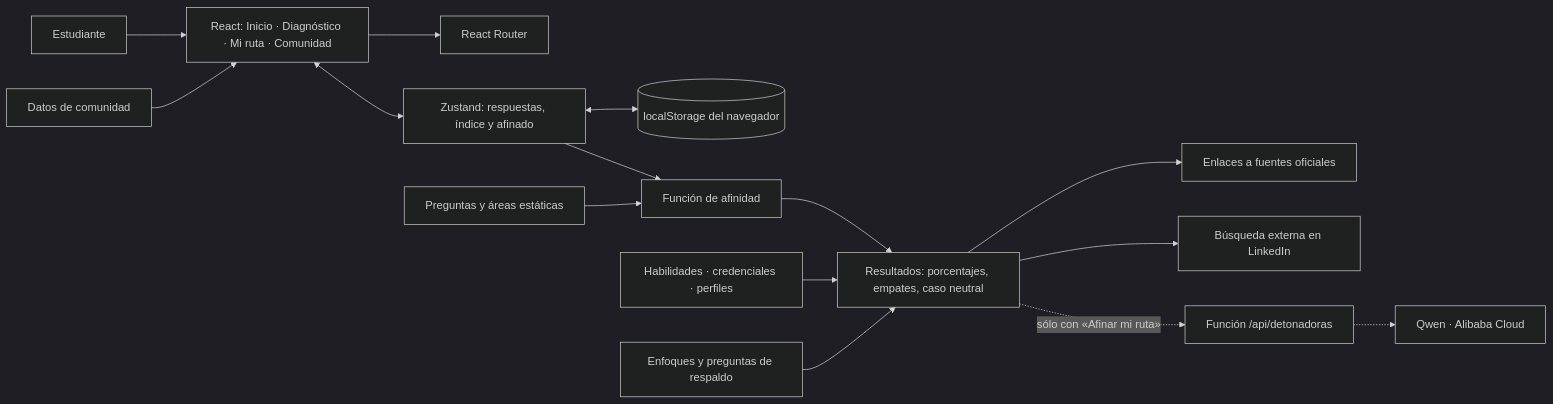
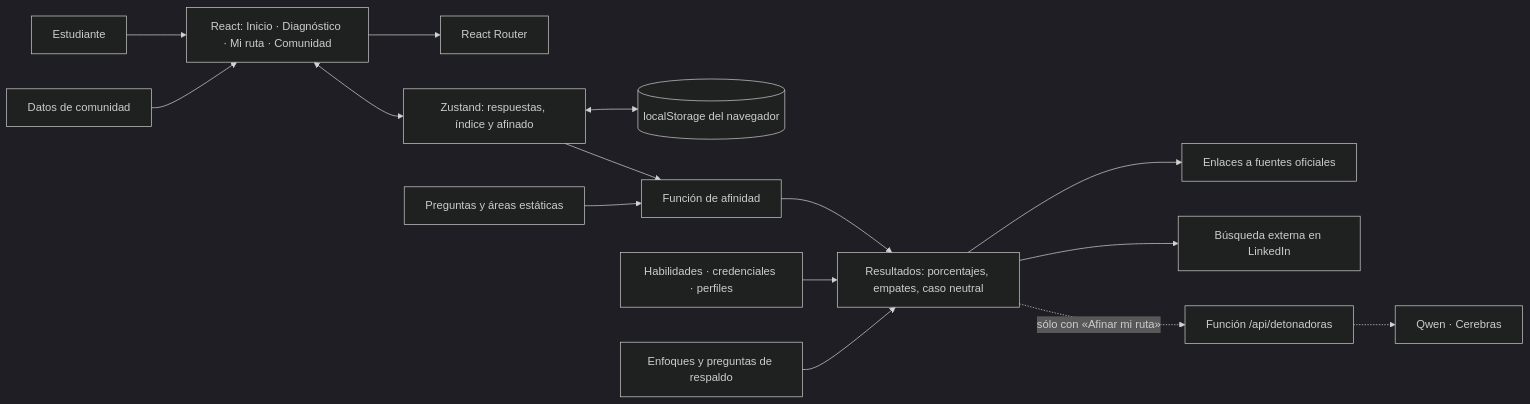
Before and after one commit to RogelioZu/PotroHub: the diagram in README.md, drawn with Mermaid (dark theme). The commit also changed other lines of this file and 11 other files, not shown here.

Commit message:
feat: las detonadoras corren en Cerebras con Qwen 3.8 27B

````diff
--- a/README.md
+++ b/README.md
@@ -174,17 +174,17 @@
 ```mermaid
 flowchart LR
   E[Estudiante] --> UI[React: Inicio · Diagnóstico · Mi ruta · Comunidad]
   UI --> R[React Router]
   UI <--> S[Zustand: respuestas, índice y afinado]
   S <--> L[(localStorage del navegador)]
   Q[Preguntas y áreas estáticas] --> F[Función de afinidad]
   S --> F
   F --> V[Resultados: porcentajes, empates, caso neutral]
   D[Habilidades · credenciales · perfiles] --> V
   C[Datos de comunidad] --> UI
   V --> X[Enlaces a fuentes oficiales]
   V --> LI[Búsqueda externa en LinkedIn]
   V -. sólo con «Afinar mi ruta» .-> API[Función /api/detonadoras]
-  API -.-> QW[Qwen · Alibaba Cloud]
+  API -.-> QW[Qwen · Cerebras]
   K[Enfoques y preguntas de respaldo] --> V
 ```
````
